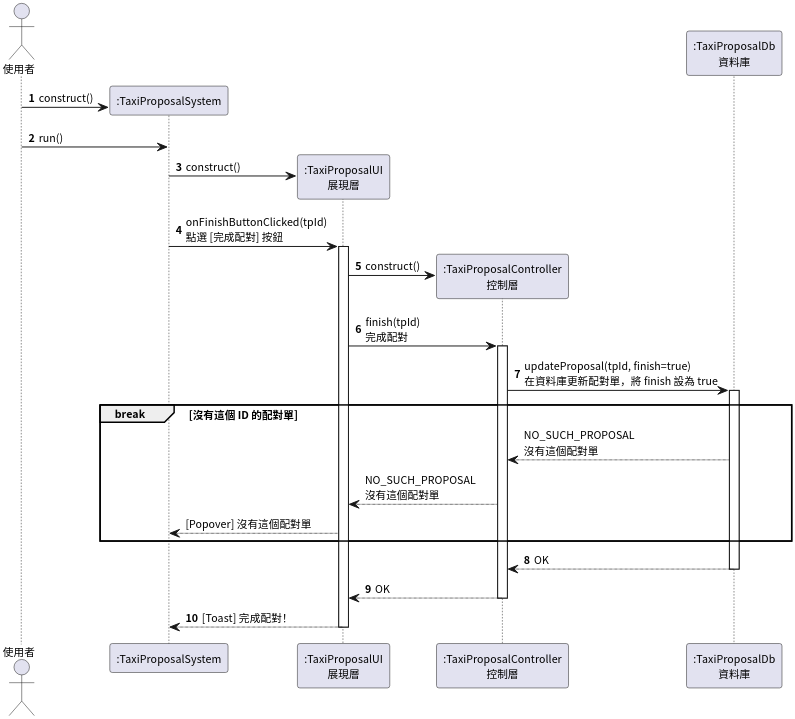
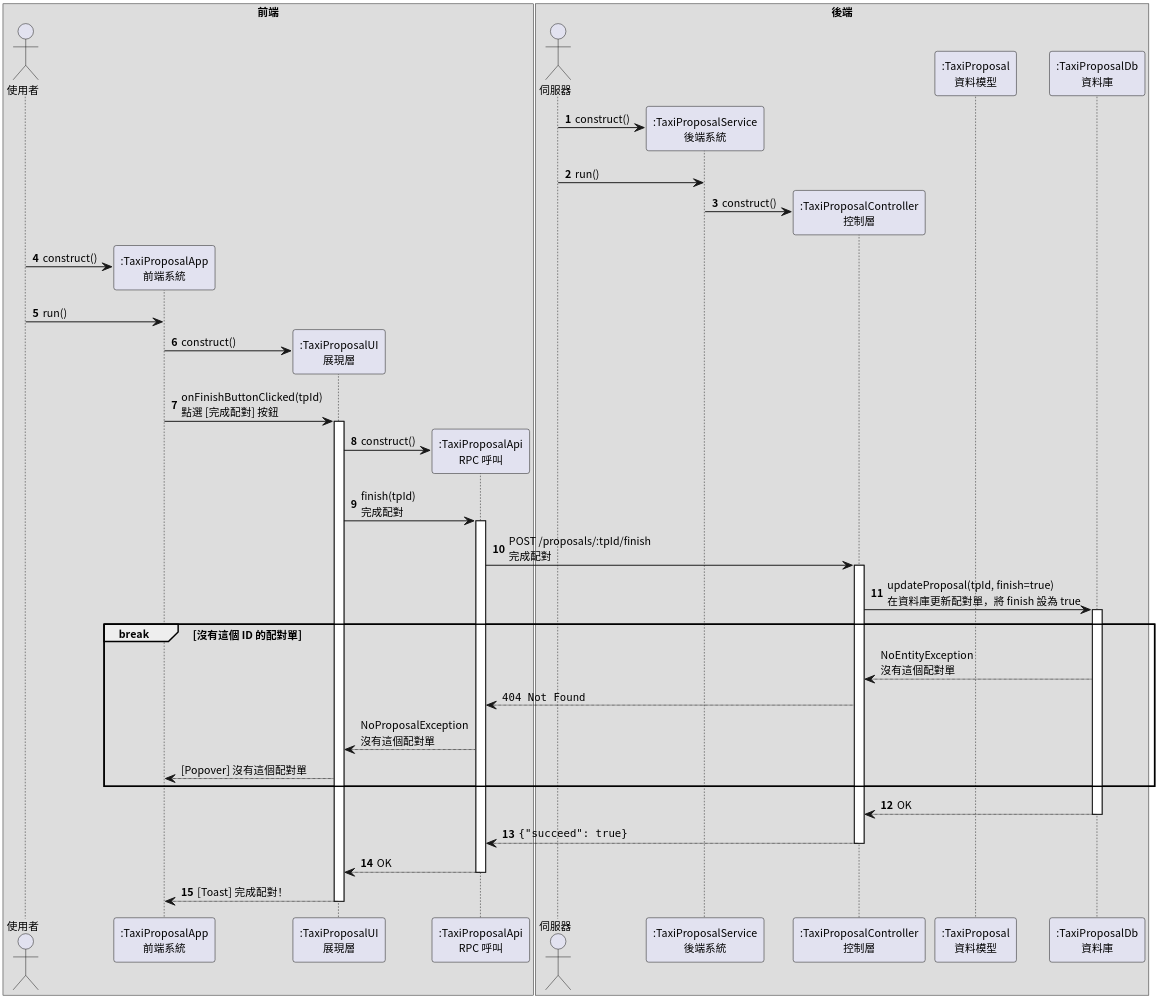
Before and after one commit to pan93412/nkust-homework: the fourth of 6 diagrams in semester-4/system-analysis/localized/sequence-diagram.plantuml, drawn with PlantUML. The commit also changed other lines of this file, not shown here.

Commit message:
s4: system-analysis: class-diagram: Refactor

```diff
--- a/semester-4/system-analysis/localized/sequence-diagram.plantuml
+++ b/semester-4/system-analysis/localized/sequence-diagram.plantuml
@@ -173,39 +231,58 @@
 @startuml TaxiProposalFinish
 
 autonumber
 skinparam dpi 300
 skinparam linetype ortho
 skinparam defaultFontSize 11
 skinparam defaultFontName "Noto Sans CJK TC"
 
+box 前端
 actor Requester as "使用者"
-participant TaxiProposalSystem as ":TaxiProposalSystem"
+
+participant TaxiProposalApp as ":TaxiProposalApp\n前端系統"
 participant TaxiProposalUI as ":TaxiProposalUI\n展現層"
+participant TaxiProposalApi as ":TaxiProposalApi\nRPC 呼叫"
+end box
+
+box 後端
+actor Server as "伺服器"
+
+participant TaxiProposalService as ":TaxiProposalService\n後端系統"
 participant TaxiProposalController as ":TaxiProposalController\n控制層"
+participant TaxiProposal as ":TaxiProposal\n資料模型"
 participant TaxiProposalDb as ":TaxiProposalDb\n資料庫"
+end box
 
-Requester -> TaxiProposalSystem **: construct()
-Requester -> TaxiProposalSystem: run()
+Server -> TaxiProposalService **: construct()
+Server -> TaxiProposalService: run()
+TaxiProposalService -> TaxiProposalController **: construct()
 
-TaxiProposalSystem -> TaxiProposalUI **: construct()
-TaxiProposalSystem -> TaxiProposalUI ++: onFinishButtonClicked(tpId)\n點選 [完成配對] 按鈕
+Requester -> TaxiProposalApp **: construct()
+Requester -> TaxiProposalApp: run()
 
-TaxiProposalUI -> TaxiProposalController **: construct()
-TaxiProposalUI -> TaxiProposalController ++: finish(tpId)\n完成配對
+TaxiProposalApp -> TaxiProposalUI **: construct()
+TaxiProposalApp -> TaxiProposalUI ++: onFinishButtonClicked(tpId)\n點選 [完成配對] 按鈕
+
+TaxiProposalUI -> TaxiProposalApi **: construct()
+TaxiProposalUI -> TaxiProposalApi ++: finish(tpId)\n完成配對
+
+TaxiProposalApi -> TaxiProposalController ++: POST /proposals/:tpId/finish\n完成配對
 
 TaxiProposalController -> TaxiProposalDb ++: updateProposal(tpId, finish=true)\n在資料庫更新配對單，將 finish 設為 true
 
 break 沒有這個 ID 的配對單
     autonumber stop
-    TaxiProposalController <-- TaxiProposalDb: NO_SUCH_PROPOSAL\n沒有這個配對單
-    TaxiProposalUI <-- TaxiProposalController: NO_SUCH_PROPOSAL\n沒有這個配對單
-    TaxiProposalSystem <-- TaxiProposalUI: [Popover] 沒有這個配對單
+    TaxiProposalController <-- TaxiProposalDb: NoEntityException\n沒有這個配對單
+    TaxiProposalApi <-- TaxiProposalController: ""404 Not Found""
+    TaxiProposalUI <-- TaxiProposalApi: NoProposalException\n沒有這個配對單
+    TaxiProposalApp <-- TaxiProposalUI: [Popover] 沒有這個配對單
 end
 
 autonumber resume
 return OK
+return ""{"succeed": true}""
 return OK
 return [Toast] 完成配對！
 
 
 @enduml TaxiProposalFinish
```
